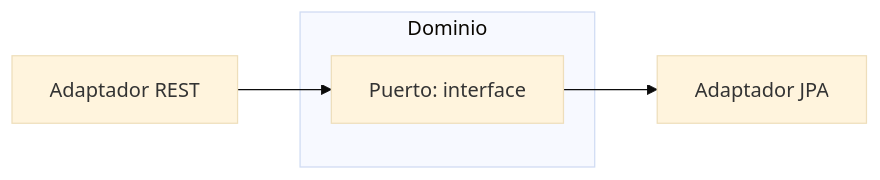
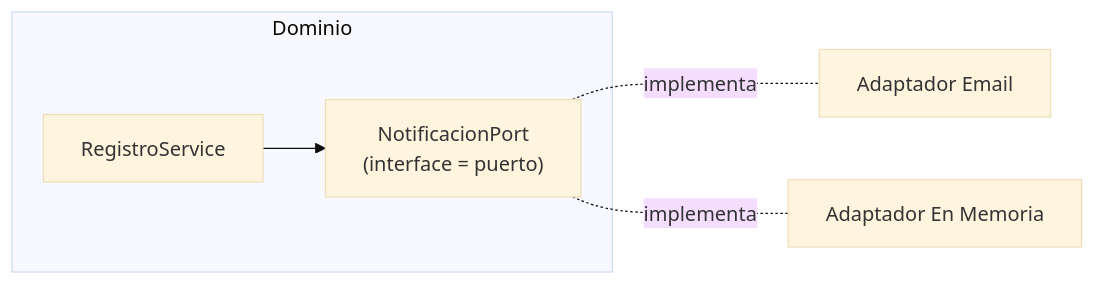
One commit to obiticadev/DAM-2025-26 changed the fourth of 4 diagrams in Programación/Aprendizaje autodidacta/11_APIRESTMasterclass/teoria/10_Arquitectura_Patrones.md. Above: the diagram before and after it, drawn with Mermaid (base theme). The commit also changed other lines of this file and 51 other files, not shown here.

````diff
--- a/Programación/Aprendizaje autodidacta/11_APIRESTMasterclass/teoria/10_Arquitectura_Patrones.md
+++ b/Programación/Aprendizaje autodidacta/11_APIRESTMasterclass/teoria/10_Arquitectura_Patrones.md
@@ -32,8 +198,8 @@
 ```mermaid
 flowchart LR
     subgraph Dominio
-      P[Puerto: interface]
+      Svc[RegistroService] --> P["NotificacionPort<br/>(interface = puerto)"]
     end
-    A1[Adaptador REST] --> P
-    P --> A2[Adaptador JPA]
+    P -.implementa.- A1[Adaptador Email]
+    P -.implementa.- A2[Adaptador En Memoria]
 ```
````
